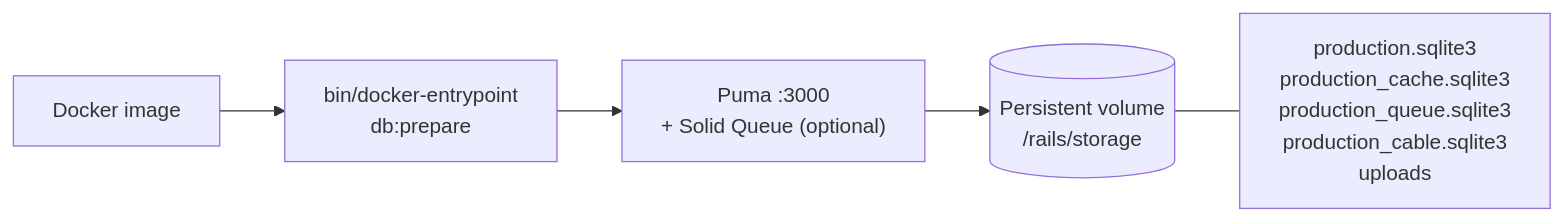
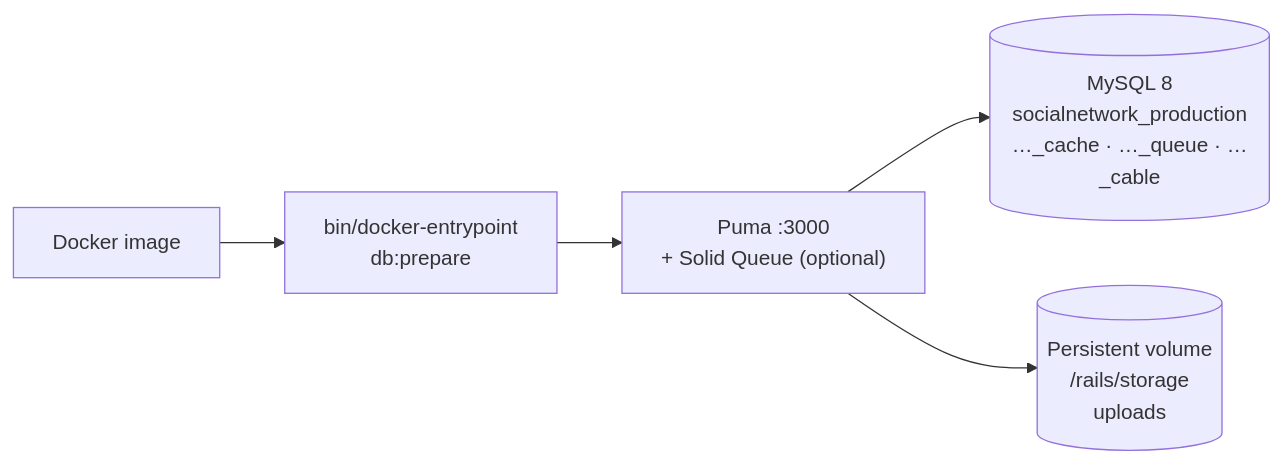
One commit to cdrrazan/socialnetwork changed the eighth of 8 diagrams in README.md. Above: the diagram before and after it, drawn with Mermaid. The commit also changed other lines of this file, not shown here.

First line of the commit message:
Update the README for MySQL and RSpec

````diff
--- a/README.md
+++ b/README.md
@@ -357,7 +456,7 @@
 ```mermaid
 flowchart LR
     Image["Docker image"] --> Entry["bin/docker-entrypoint<br/>db:prepare"]
     Entry --> Server["Puma :3000<br/>+ Solid Queue (optional)"]
-    Server --> Volume[("Persistent volume<br/>/rails/storage")]
-    Volume --- DBs["production.sqlite3<br/>production_cache.sqlite3<br/>production_queue.sqlite3<br/>production_cable.sqlite3<br/>uploads"]
+    Server --> MySQL[("MySQL 8<br/>socialnetwork_production<br/>…_cache · …_queue · …_cable")]
+    Server --> Volume[("Persistent volume<br/>/rails/storage<br/>uploads")]
 ```
````
